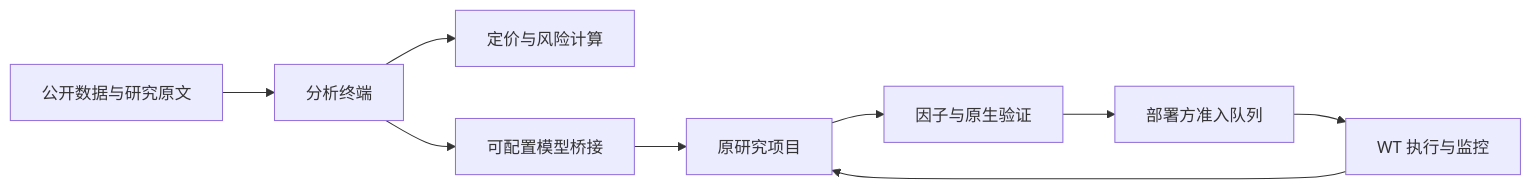
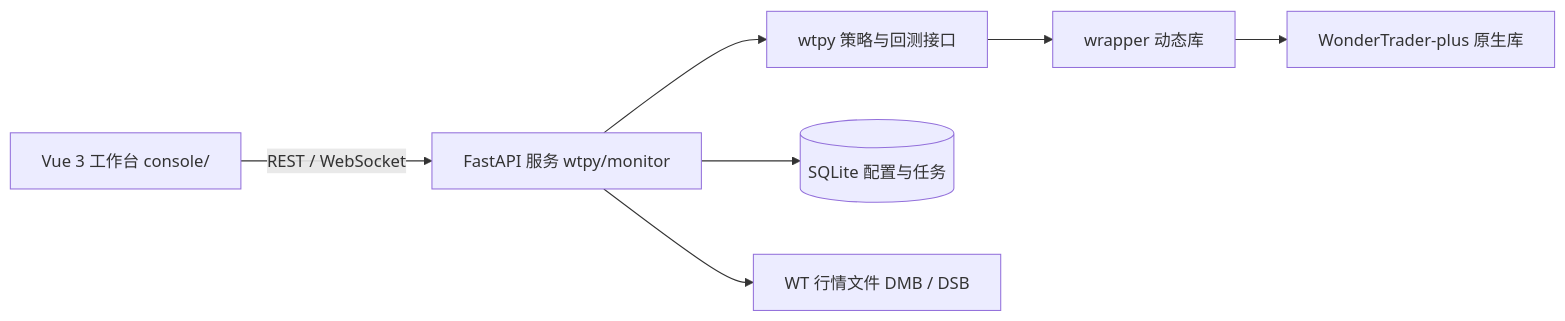
Before and after one commit to newbigdeng/wtpy-plus: the diagram in README.md, drawn with Mermaid. The commit also changed other lines of this file, not shown here.

````diff
--- a/README.md
+++ b/README.md
@@ -694,11 +17,9 @@
 ```mermaid
 flowchart LR
-    S[公开数据与研究原文] --> T[分析终端]
-    T --> Q[定价与风险计算]
-    T --> A[可配置模型桥接]
-    A --> P[原研究项目]
-    P --> V[因子与原生验证]
-    V --> G[部署方准入队列]
-    G --> W[WT 执行与监控]
-    W --> P
+    U[Vue 3 工作台 console/] -->|REST / WebSocket| M[FastAPI 服务 wtpy/monitor]
+    M --> P[wtpy 策略与回测接口]
+    P --> W[wrapper 动态库]
+    W --> N[WonderTrader-plus 原生库]
+    M --> DB[(SQLite 配置与任务)]
+    M --> F[WT 行情文件 DMB / DSB]
 ```
````
